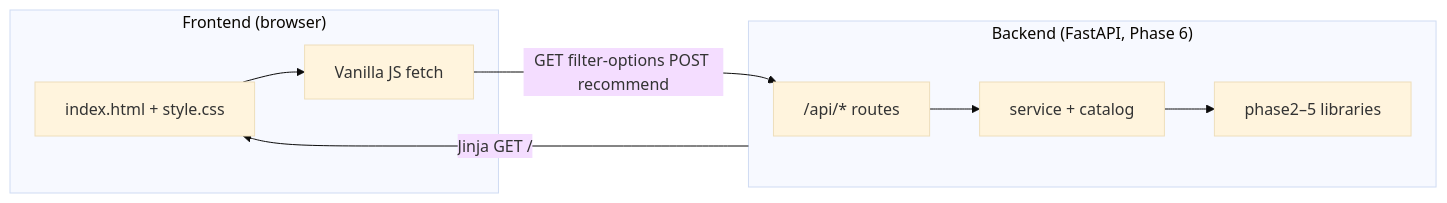
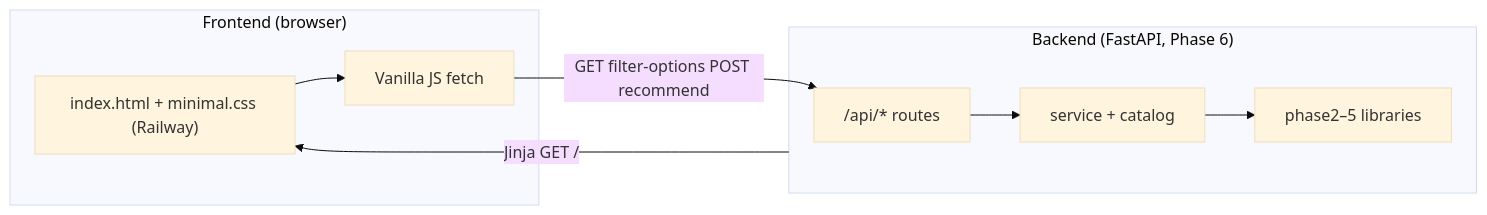
The first of 3 diagrams in Docs/PhaseWiseArchitecture.md (ArpitDumka/Zomato_Restaurant_Recommendation), drawn with Mermaid (base theme) before and after one commit. The commit also changed other lines of this file and 14 other files, not shown here.

First line of the commit message:
feat(ui): SpiceRoute on Vercel, minimal Next-style UI on Railway

````diff
--- a/Docs/PhaseWiseArchitecture.md
+++ b/Docs/PhaseWiseArchitecture.md
@@ -44,17 +44,17 @@
 ```mermaid
 flowchart LR
   subgraph Frontend["Frontend (browser)"]
-    HTML["index.html + style.css"]
+    HTML["index.html + minimal.css (Railway)"]
     JS["Vanilla JS fetch"]
     HTML --> JS
   end
   subgraph Backend["Backend (FastAPI, Phase 6)"]
     API["/api/* routes"]
     SVC["service + catalog"]
     API --> SVC
     LIB["phase2–5 libraries"]
     SVC --> LIB
   end
   JS -->|GET filter-options POST recommend| API
   Backend -->|Jinja GET /| HTML
 ```
````
